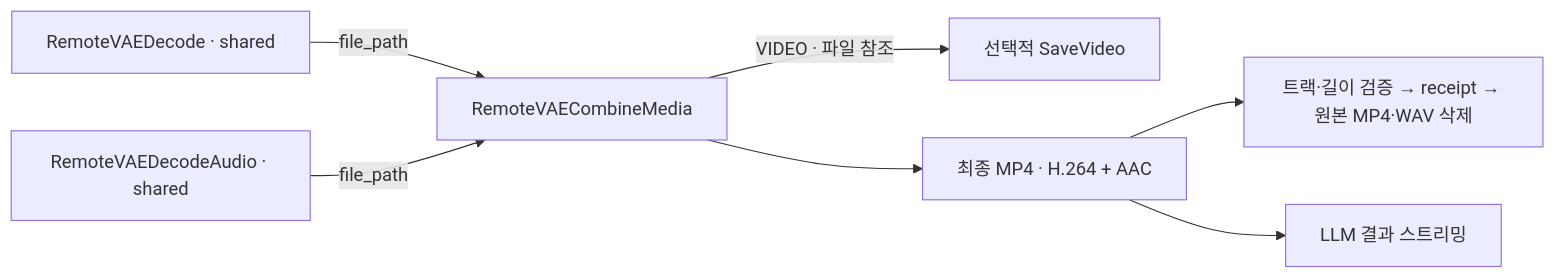
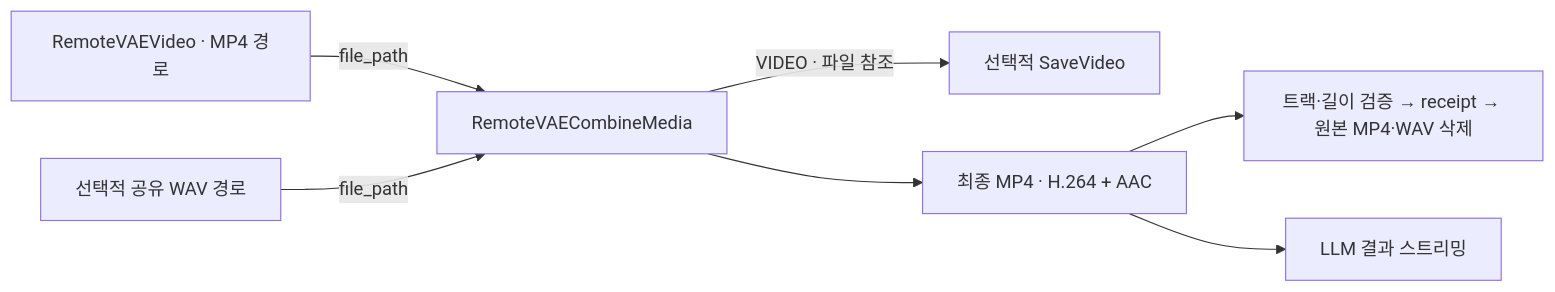
Before and after one commit to pollux-o4/RemoteWorker: the diagram in docs/contracts/file-finalization.md, drawn with Mermaid. The commit also changed other lines of this file and 8 other files, not shown here.

Commit message:
docs(architecture): map native module ownership and adapter boundaries

````diff
--- a/docs/contracts/file-finalization.md
+++ b/docs/contracts/file-finalization.md
@@ -3,9 +3,9 @@
 ```mermaid
 flowchart LR
-    V[RemoteVAEDecode · shared] -->|file_path| M[RemoteVAECombineMedia]
-    A[RemoteVAEDecodeAudio · shared] -->|file_path| M
+    V[RemoteVAEVideo · MP4 경로] -->|file_path| M[RemoteVAECombineMedia]
+    A[선택적 공유 WAV 경로] -->|file_path| M
     M -->|VIDEO · 파일 참조| S[선택적 SaveVideo]
     M --> F[최종 MP4 · H.264 + AAC]
     F --> C[트랙·길이 검증 → receipt → 원본 MP4·WAV 삭제]
     F --> L[LLM 결과 스트리밍]
 ```
````
